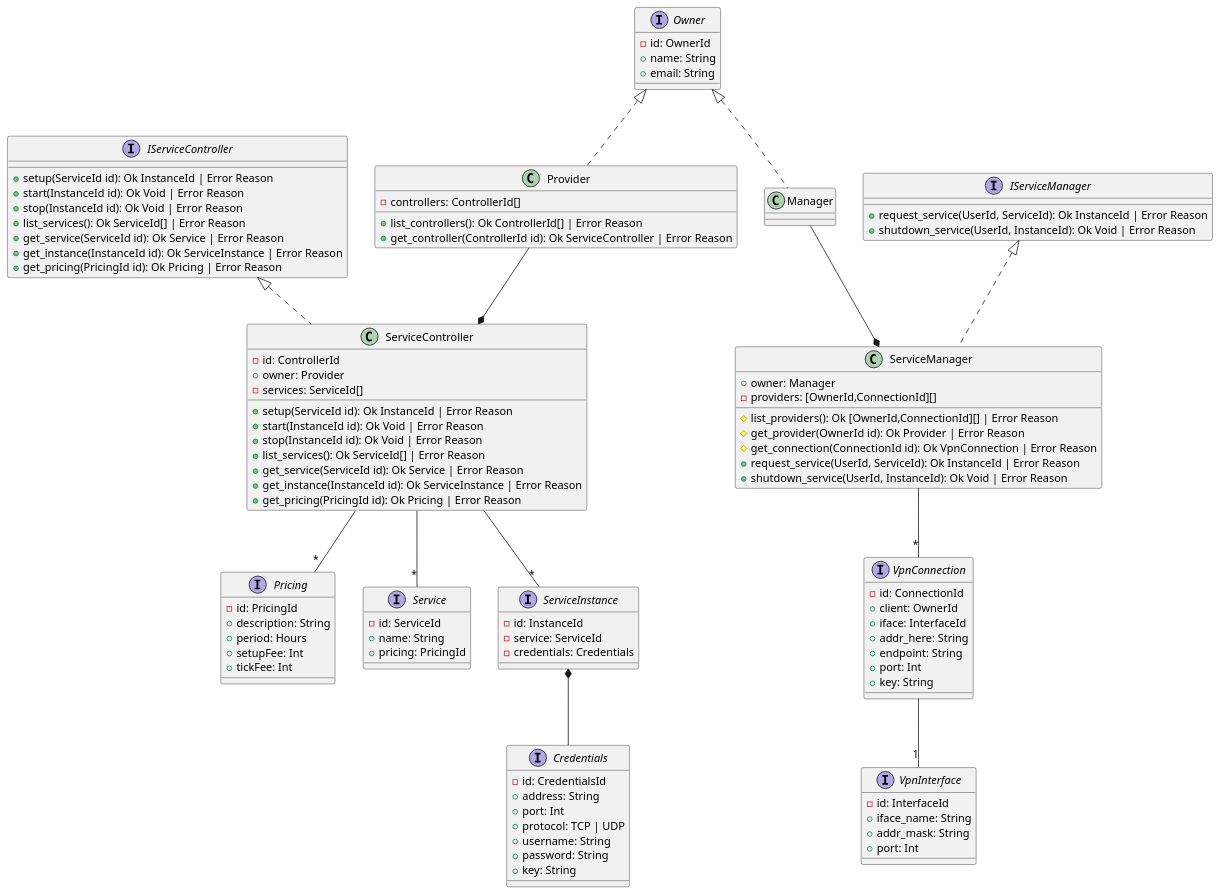
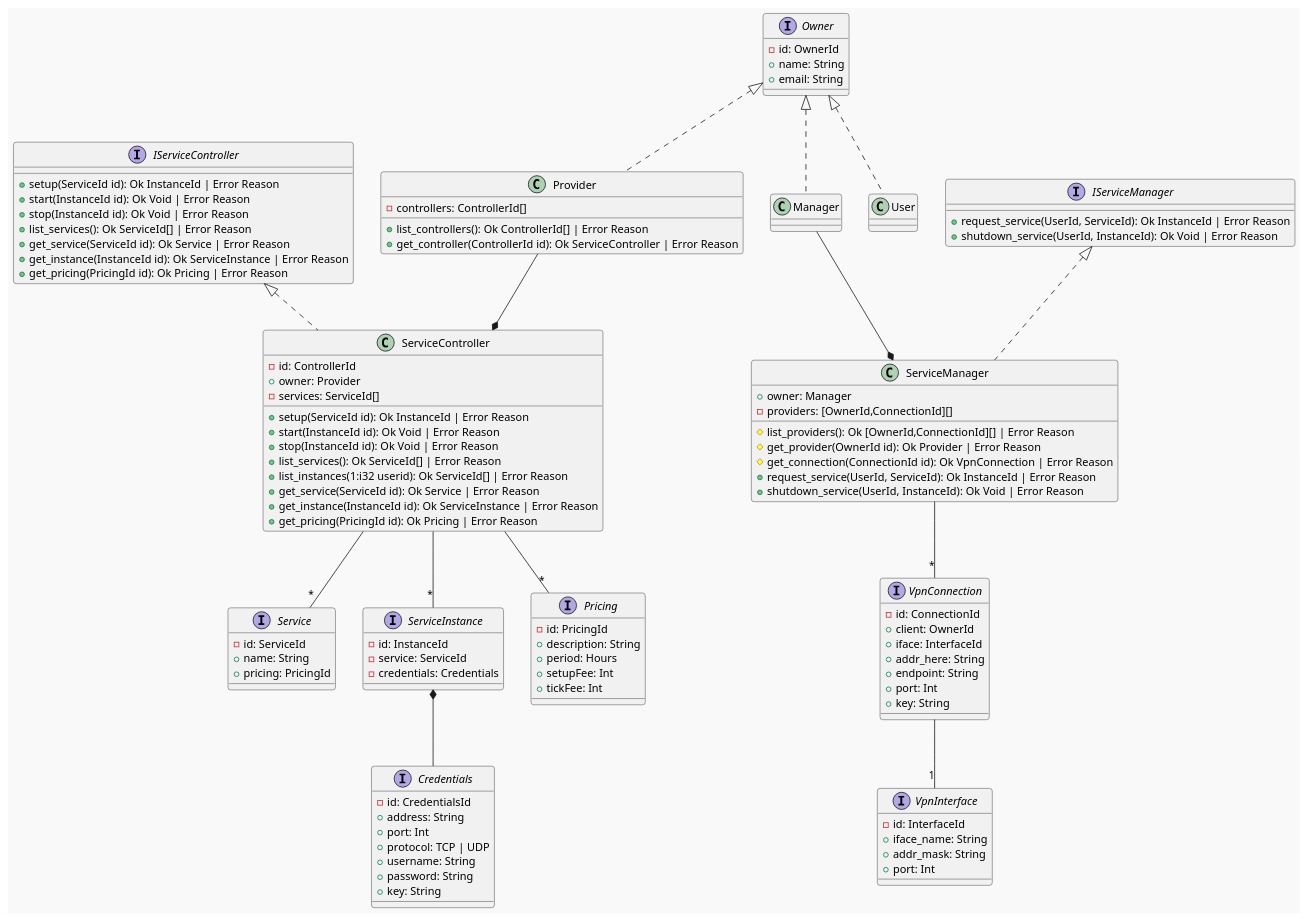
The fifth of 6 diagrams in doc/img/UC2.puml (Blockchain-Data-Analytics/BCA-Service-Tokenization), drawn with PlantUML before and after one commit. The commit also changed other lines of this file and 16 other files, not shown here.

```diff
--- a/doc/img/UC2.puml
+++ b/doc/img/UC2.puml
@@ -118,116 +118,120 @@
 @startuml Iface-Service-Controller
+
+!theme mars
 
 interface Pricing {
     -id: PricingId
     +description: String
     +period: Hours
     +setupFee: Int
     +tickFee: Int
 }
 
 interface Service {
     -id: ServiceId
     +name: String
     +pricing: PricingId
 }
 
 interface Credentials {
     -id: CredentialsId
     +address: String
     +port: Int
     +protocol: TCP | UDP
     +username: String
     +password: String
     +key: String
 }
 
 interface ServiceInstance {
     -id: InstanceId
     -service: ServiceId
     -credentials: Credentials
 }
 
 interface Owner {
     -id: OwnerId
     +name: String
     +email: String
 }
 
 interface IServiceController {
     +setup(ServiceId id): Ok InstanceId | Error Reason
     +start(InstanceId id): Ok Void | Error Reason
     +stop(InstanceId id): Ok Void | Error Reason
     +list_services(): Ok ServiceId[] | Error Reason
     +get_service(ServiceId id): Ok Service | Error Reason
     +get_instance(InstanceId id): Ok ServiceInstance | Error Reason
     +get_pricing(PricingId id): Ok Pricing | Error Reason
 }
 class ServiceController {
     -id: ControllerId
     +owner: Provider
     -services: ServiceId[]
     +setup(ServiceId id): Ok InstanceId | Error Reason
     +start(InstanceId id): Ok Void | Error Reason
     +stop(InstanceId id): Ok Void | Error Reason
     +list_services(): Ok ServiceId[] | Error Reason
+    +list_instances(1:i32 userid): Ok ServiceId[] | Error Reason
     +get_service(ServiceId id): Ok Service | Error Reason
     +get_instance(InstanceId id): Ok ServiceInstance | Error Reason
     +get_pricing(PricingId id): Ok Pricing | Error Reason
 }
 
 interface IServiceManager {
     +request_service(UserId, ServiceId): Ok InstanceId | Error Reason
     +shutdown_service(UserId, InstanceId): Ok Void | Error Reason
 }
 class ServiceManager {
     +owner: Manager
     -providers: [OwnerId,ConnectionId][]
     #list_providers(): Ok [OwnerId,ConnectionId][] | Error Reason
     #get_provider(OwnerId id): Ok Provider | Error Reason
     #get_connection(ConnectionId id): Ok VpnConnection | Error Reason
     +request_service(UserId, ServiceId): Ok InstanceId | Error Reason
     +shutdown_service(UserId, InstanceId): Ok Void | Error Reason
 }
 
 class ServiceManager implements IServiceManager
 class ServiceController implements IServiceController
 class Manager implements Owner
+class User implements Owner
 class Provider implements Owner {
     -controllers: ControllerId[]
     +list_controllers(): Ok ControllerId[] | Error Reason
     +get_controller(ControllerId id): Ok ServiceController | Error Reason
 }
 
 interface VpnInterface {
     -id: InterfaceId
     +iface_name: String
     +addr_mask: String
     +port: Int
 }
 interface VpnConnection {
     -id: ConnectionId
     +client: OwnerId
     +iface: InterfaceId
     +addr_here: String
     +endpoint: String
     +port: Int
     +key: String
 }
 
 Manager -d-* ServiceManager
 Provider -d-* ServiceController
 
 
 ServiceController -- "*" Service 
 ServiceController -- "*" ServiceInstance 
 ServiceController -- "*" Pricing 
 
 ' ServiceInstance "*" -- "1" Service
 ' Service -l- "1" Pricing
 
 ServiceInstance *-- Credentials
 
 VpnConnection -- "1" VpnInterface
 ServiceManager -- "*" VpnConnection
 
 @enduml
```
